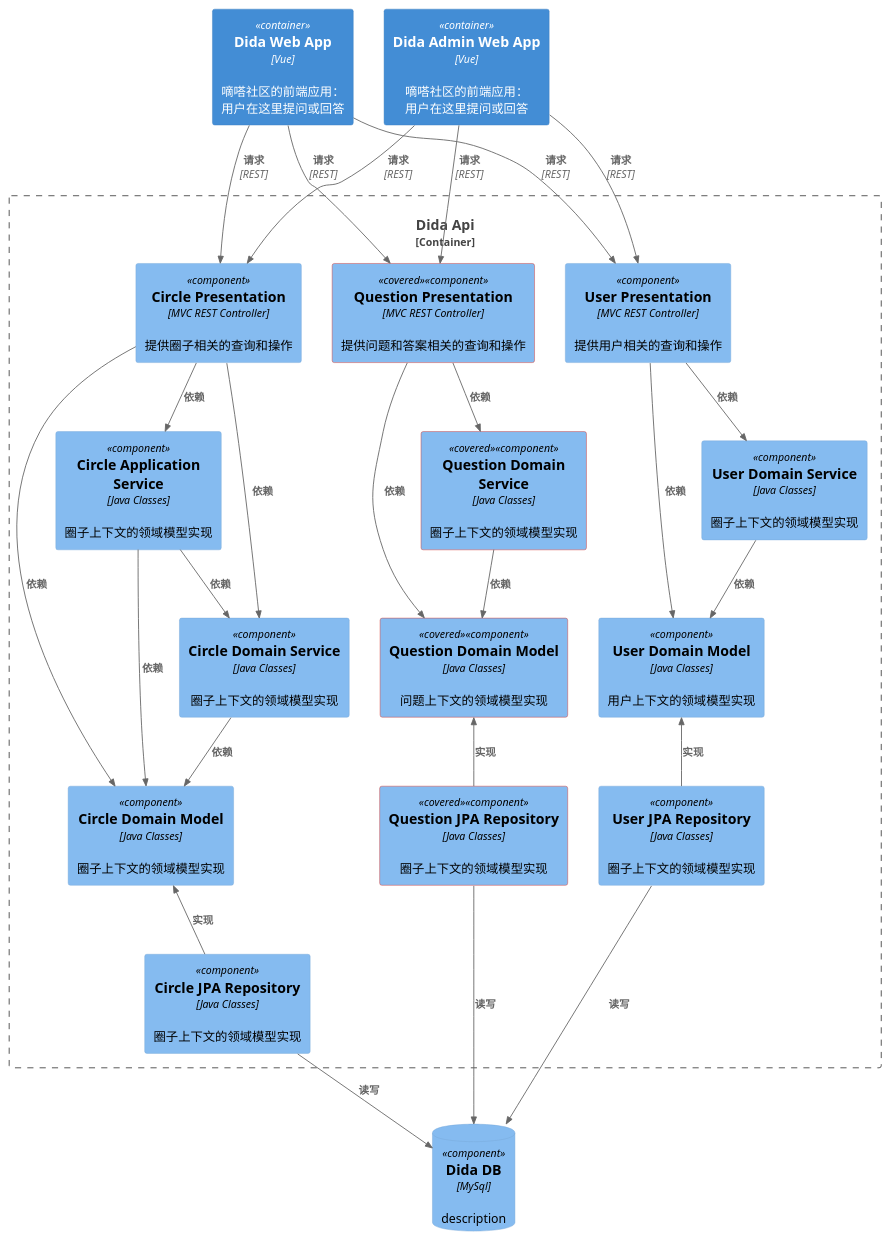
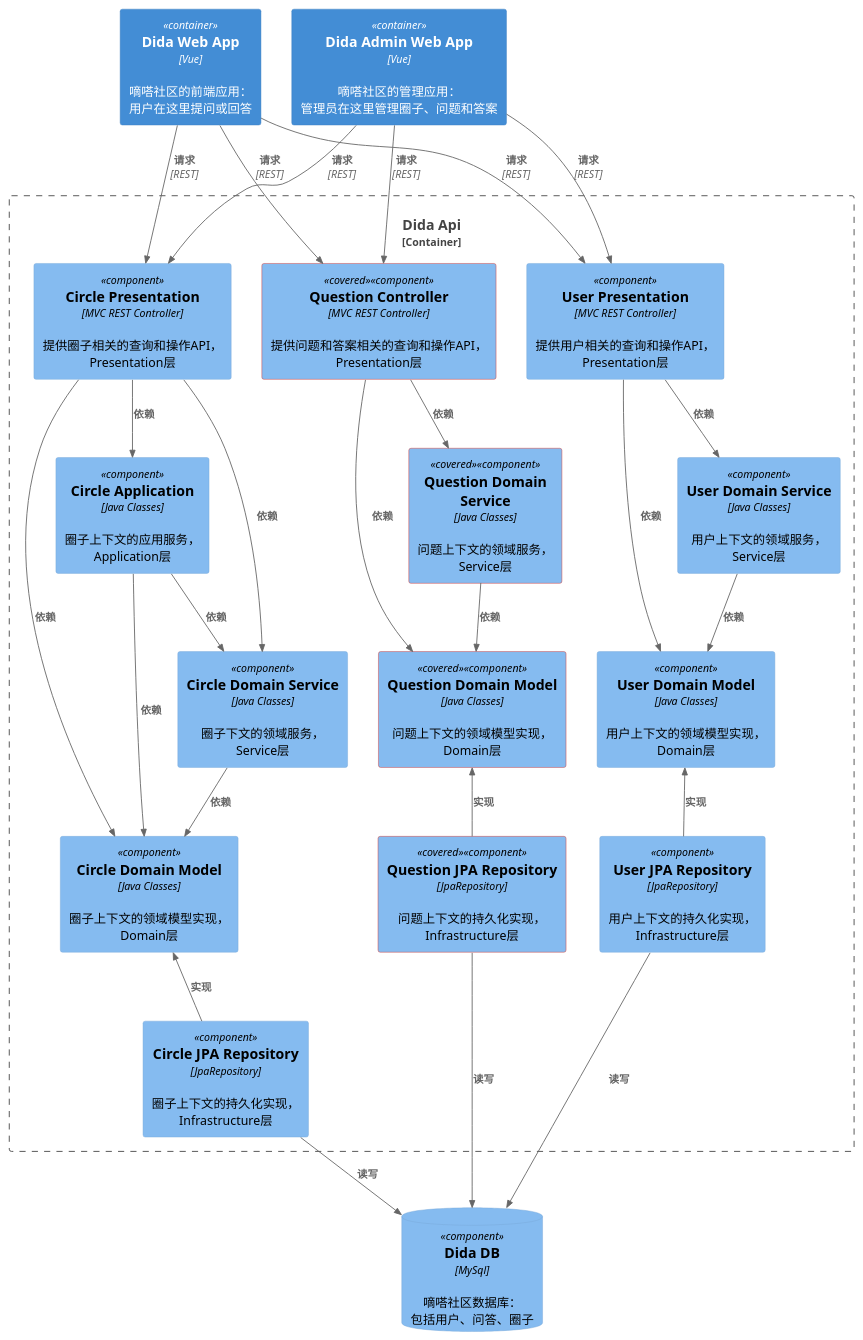
One commit to qinyu/dida changed the diagram in arch/didaqa_component.puml. Above: the diagram before and after it, drawn with PlantUML.

Commit message:
corrent C4 diagrams' description

```diff
--- a/arch/didaqa_component.puml
+++ b/arch/didaqa_component.puml
@@ -1,61 +1,61 @@
 @startuml
 !include includes/C4_Component.puml
 
 AddElementTag("covered", $borderColor="#d73027")
 
 Container(DidaWeb, "Dida Web App", "Vue", "嘀嗒社区的前端应用：用户在这里提问或回答")
-Container(DidaAdminWeb, "Dida Admin Web App", "Vue", "嘀嗒社区的前端应用：用户在这里提问或回答")
+Container(DidaAdminWeb, "Dida Admin Web App", "Vue", "嘀嗒社区的管理应用：管理员在这里管理圈子、问题和答案")
 
 Container_Boundary(DidaApi, "Dida Api") {
-    Component(QuestionController, "Question Presentation", "MVC REST Controller", "提供问题和答案相关的查询和操作", $tags="covered")
-    Component(QuestionService, "Question Domain Service", "Java Classes", "圈子上下文的领域模型实现", $tags="covered")
-    Component(QuestionDomain, "Question Domain Model", "Java Classes", "问题上下文的领域模型实现", $tags="covered")
-    Component(QuestionJPA, "Question JPA Repository", "Java Classes", "圈子上下文的领域模型实现", $tags="covered")
+    Component(QuestionController, "Question Controller", "MVC REST Controller", "提供问题和答案相关的查询和操作API，Presentation层", $tags="covered")
+    Component(QuestionService, "Question Domain Service", "Java Classes", "问题上下文的领域服务，Service层", $tags="covered")
+    Component(QuestionDomain, "Question Domain Model", "Java Classes", "问题上下文的领域模型实现，Domain层", $tags="covered")
+    Component(QuestionJPA, "Question JPA Repository", "JpaRepository", "问题上下文的持久化实现，Infrastructure层", $tags="covered")
 
-    Component(UserController, "User Presentation", "MVC REST Controller", "提供用户相关的查询和操作")
-    Component(UserService, "User Domain Service", "Java Classes", "圈子上下文的领域模型实现")
-    Component(UserDomain, "User Domain Model", "Java Classes", "用户上下文的领域模型实现")
-    Component(UserJPA, "User JPA Repository", "Java Classes", "圈子上下文的领域模型实现")
+    Component(UserController, "User Presentation", "MVC REST Controller", "提供用户相关的查询和操作API，Presentation层")
+    Component(UserService, "User Domain Service", "Java Classes", "用户上下文的领域服务，Service层")
+    Component(UserDomain, "User Domain Model", "Java Classes", "用户上下文的领域模型实现，Domain层")
+    Component(UserJPA, "User JPA Repository", "JpaRepository", "用户上下文的持久化实现，Infrastructure层")
 
-    Component(CircleController, "Circle Presentation", "MVC REST Controller", "提供圈子相关的查询和操作")
-    Component(CircleApplication, "Circle Application Service", "Java Classes", "圈子上下文的领域模型实现")
-    Component(CircleService, "Circle Domain Service", "Java Classes", "圈子上下文的领域模型实现")
-    Component(CircleDomain, "Circle Domain Model", "Java Classes", "圈子上下文的领域模型实现")
-    Component(CircleJPA, "Circle JPA Repository", "Java Classes", "圈子上下文的领域模型实现")
+    Component(CircleController, "Circle Presentation", "MVC REST Controller", "提供圈子相关的查询和操作API，Presentation层")
+    Component(CircleApplication, "Circle Application", "Java Classes", "圈子上下文的应用服务，Application层")
+    Component(CircleService, "Circle Domain Service", "Java Classes", "圈子下文的领域服务，Service层")
+    Component(CircleDomain, "Circle Domain Model", "Java Classes", "圈子上下文的领域模型实现，Domain层")
+    Component(CircleJPA, "Circle JPA Repository", "JpaRepository", "圈子上下文的持久化实现，Infrastructure层")
 }
 
-ComponentDb(DidaDb, "Dida DB", "MySql", "description")
+ComponentDb(DidaDb, "Dida DB", "MySql", "嘀嗒社区数据库：包括用户、问答、圈子")
 
 Rel(DidaWeb, QuestionController, "请求", "REST")
 Rel(DidaWeb, UserController, "请求", "REST")
 Rel(DidaWeb, CircleController, "请求", "REST")
 
 Rel(DidaAdminWeb, QuestionController, "请求", "REST")
 Rel(DidaAdminWeb, UserController, "请求", "REST")
 Rel(DidaAdminWeb, CircleController, "请求", "REST")
 
 Rel(QuestionController, QuestionService, "依赖")
 Rel(QuestionController, QuestionDomain, "依赖")
 Rel(QuestionService, QuestionDomain, "依赖")
 Rel_U(QuestionJPA, QuestionDomain, "实现")
 Rel(QuestionJPA, DidaDb, "读写")
 
 Rel(UserController, UserService, "依赖")
 Rel(UserController, UserDomain, "依赖")
 Rel(UserService, UserDomain, "依赖")
 Rel_U(UserJPA, UserDomain, "实现")
 Rel(UserJPA, DidaDb, "读写")
 
 Rel(CircleController, CircleApplication, "依赖")
 Rel(CircleController, CircleService, "依赖")
 Rel(CircleController, CircleDomain, "依赖")
 Rel(CircleApplication, CircleService, "依赖")
 Rel(CircleApplication, CircleDomain, "依赖")
 Rel(CircleService, CircleDomain, "依赖")
 Rel_U(CircleJPA, CircleDomain, "实现")
 Rel(CircleJPA, DidaDb, "读写")
 
 Lay_R(QuestionController, UserController)
 Lay_L(CircleController, UserController)
 
 @enduml
```
